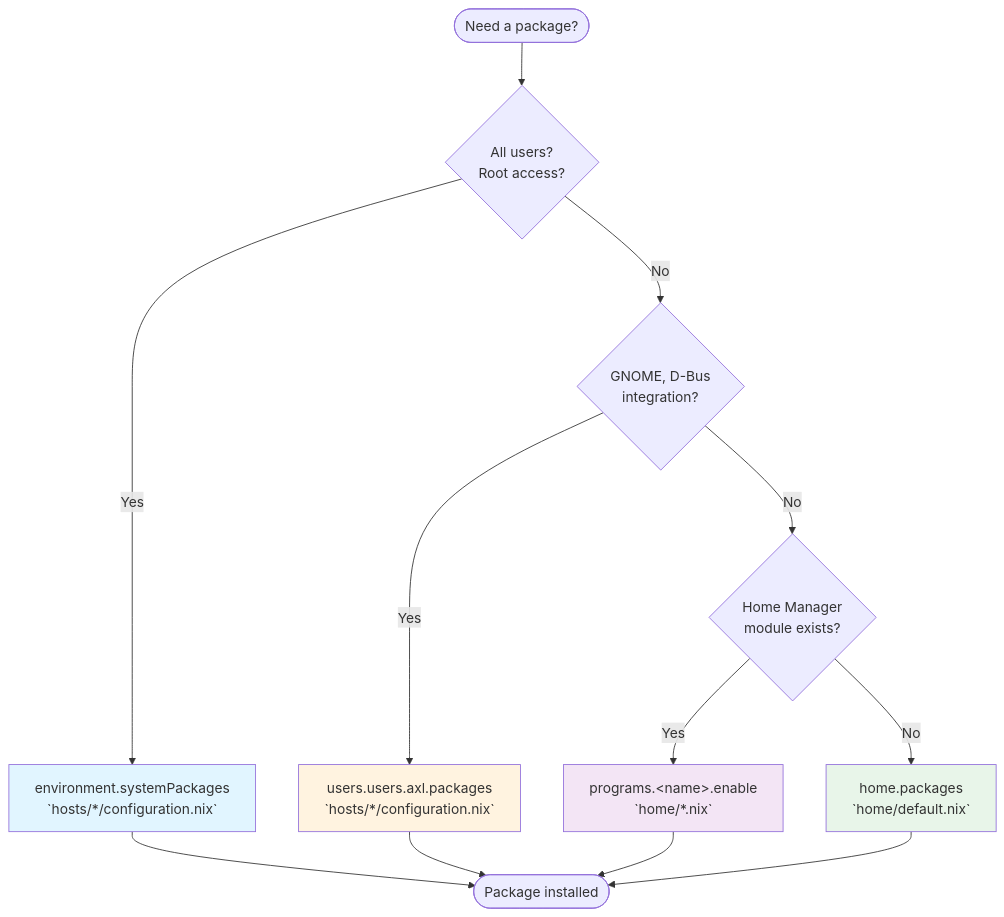
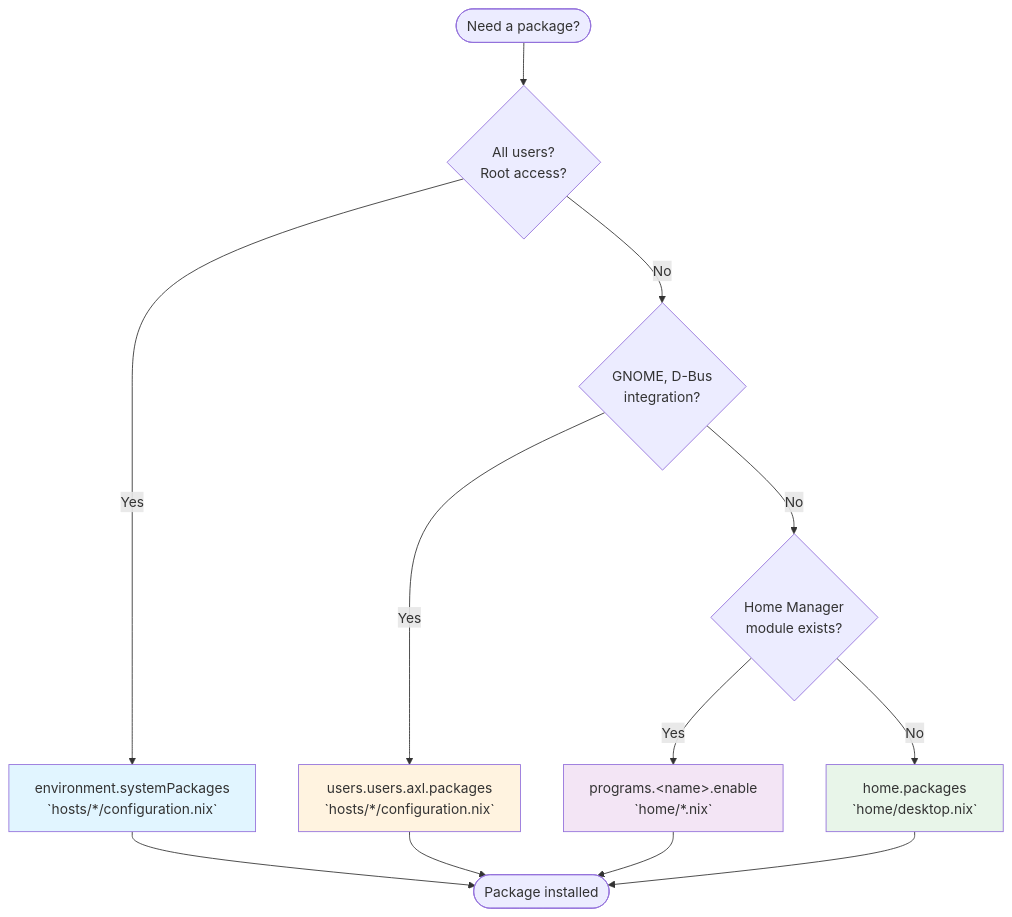
The diagram in docs/packages.md (axler8r/nixotic), drawn with Mermaid before and after one commit. The commit also changed other lines of this file and 12 other files, not shown here.

````diff
--- a/docs/packages.md
+++ b/docs/packages.md
@@ -13,20 +13,20 @@
 ```mermaid
 flowchart TD
     Start([Need a package?]) --> Q1{All users?<br/>Root access?}
     Q1 -->|Yes| Sys[environment.systemPackages<br/>`hosts/*/configuration.nix`]
     Q1 -->|No| Q2{GNOME, D-Bus<br/>integration?}
     Q2 -->|Yes| User[users.users.axl.packages<br/>`hosts/*/configuration.nix`]
     Q2 -->|No| Q3{Home Manager<br/>module exists?}
     Q3 -->|Yes| Prog[programs.&lt;name&gt;.enable<br/>`home/*.nix`]
-    Q3 -->|No| Home[home.packages<br/>`home/default.nix`]
+    Q3 -->|No| Home[home.packages<br/>`home/desktop.nix`]
     
     Sys --> End([Package installed])
     User --> End
     Prog --> End
     Home --> End
     
     style Sys fill:#e1f5ff
     style User fill:#fff3e0
     style Prog fill:#f3e5f5
     style Home fill:#e8f5e9
 ```
````
